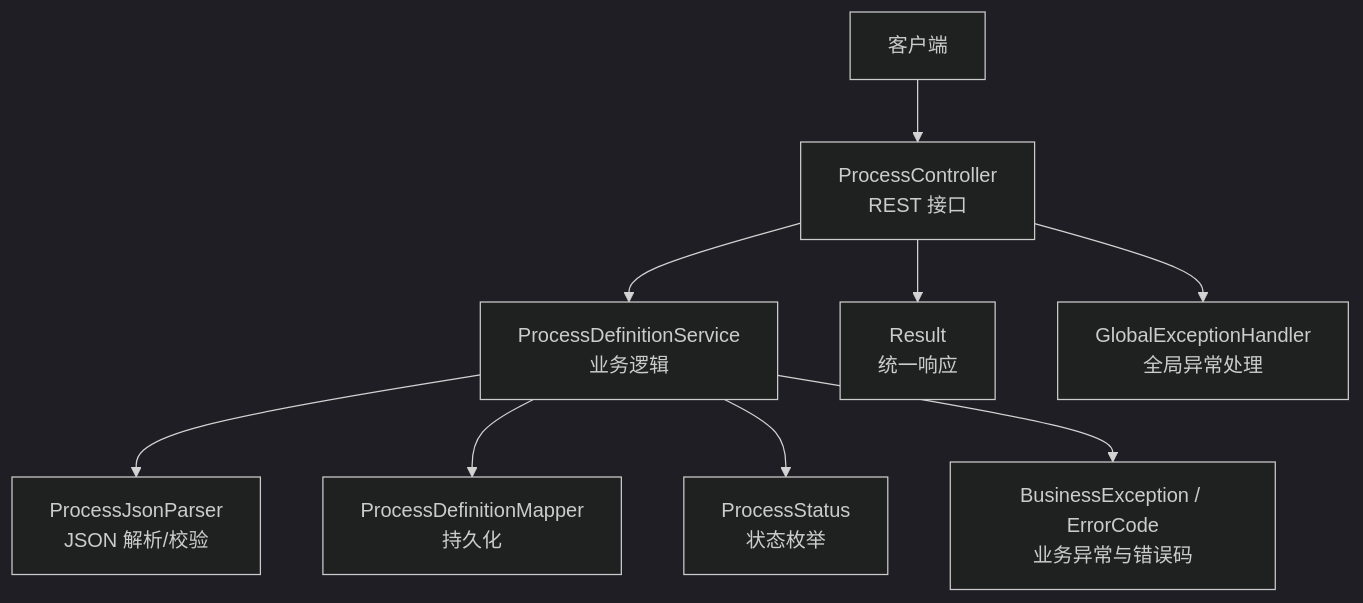
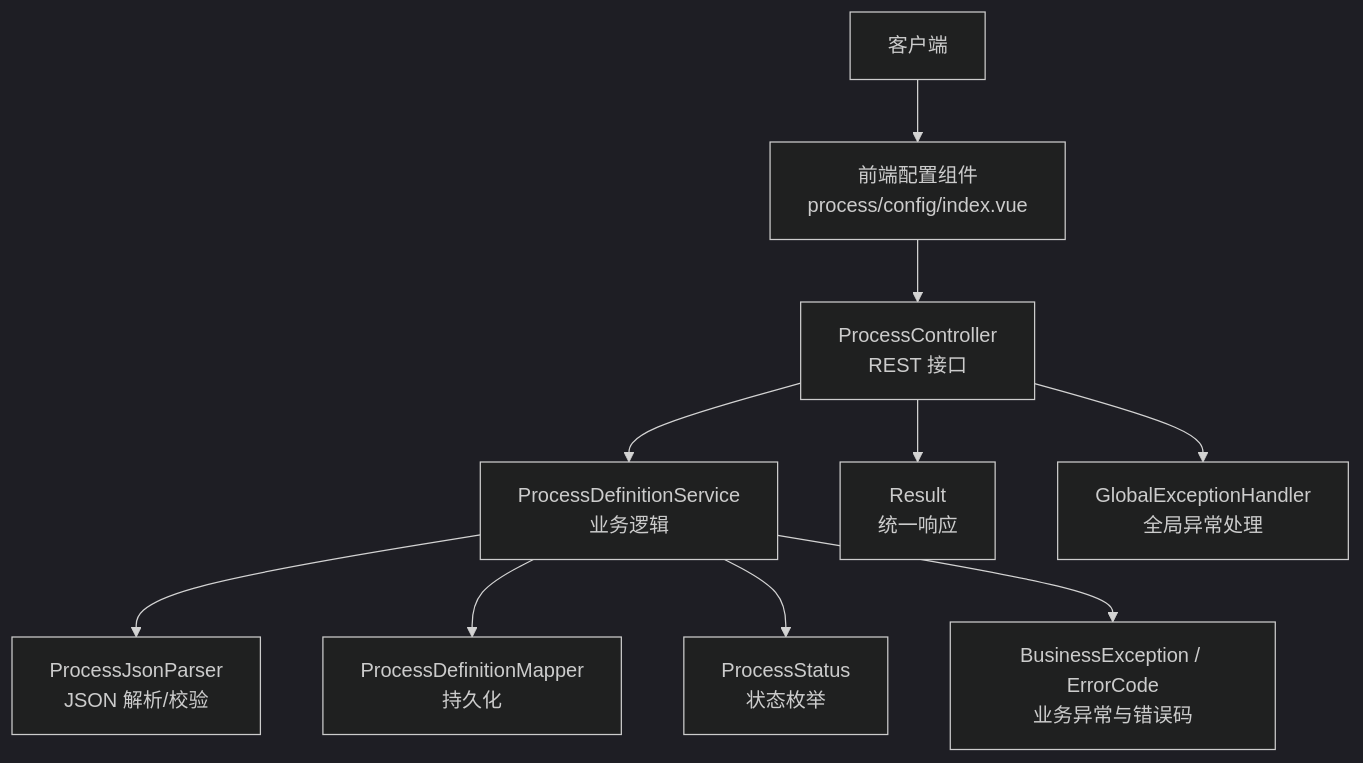
Before and after one commit to liming-lihaini/workflow: the first of 6 diagrams in .qoder/repowiki/zh/content/流程管理/流程定义管理.md, drawn with Mermaid (dark theme). The commit also changed other lines of this file and 30 other files, not shown here.

````diff
--- a/.qoder/repowiki/zh/content/流程管理/流程定义管理.md
+++ b/.qoder/repowiki/zh/content/流程管理/流程定义管理.md
@@ -51,11 +62,12 @@
 ```mermaid
 graph TB
-Client["客户端"] --> Controller["ProcessController<br/>REST 接口"]
+Client["客户端"] --> Frontend["前端配置组件<br/>process/config/index.vue"]
+Frontend --> Controller["ProcessController<br/>REST 接口"]
 Controller --> Service["ProcessDefinitionService<br/>业务逻辑"]
 Service --> Parser["ProcessJsonParser<br/>JSON 解析/校验"]
 Service --> Mapper["ProcessDefinitionMapper<br/>持久化"]
 Service --> Enum["ProcessStatus<br/>状态枚举"]
 Service --> Error["BusinessException / ErrorCode<br/>业务异常与错误码"]
 Controller --> Result["Result<br/>统一响应"]
 Controller --> GlobalEx["GlobalExceptionHandler<br/>全局异常处理"]
 ```
````
